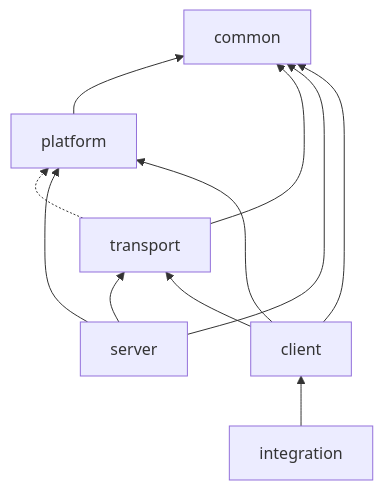
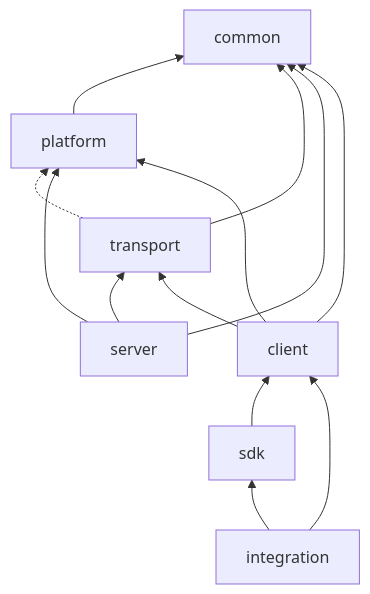
Before and after one commit to LMCache/LMCache: the diagram in docs/design/MODULE_DEPENDENCIES.md, drawn with Mermaid. The commit also changed other lines of this file and 3 other files, not shown here.

````diff
--- a/docs/design/MODULE_DEPENDENCIES.md
+++ b/docs/design/MODULE_DEPENDENCIES.md
@@ -9,13 +9,15 @@
 ```mermaid
 flowchart BT
     platform --> common
     transport --> common
     transport -.-> platform
     server --> common
     server --> platform
     server --> transport
     client --> common
     client --> platform
     client --> transport
+    sdk --> client
     integration --> client
+    integration --> sdk
 ```
````
